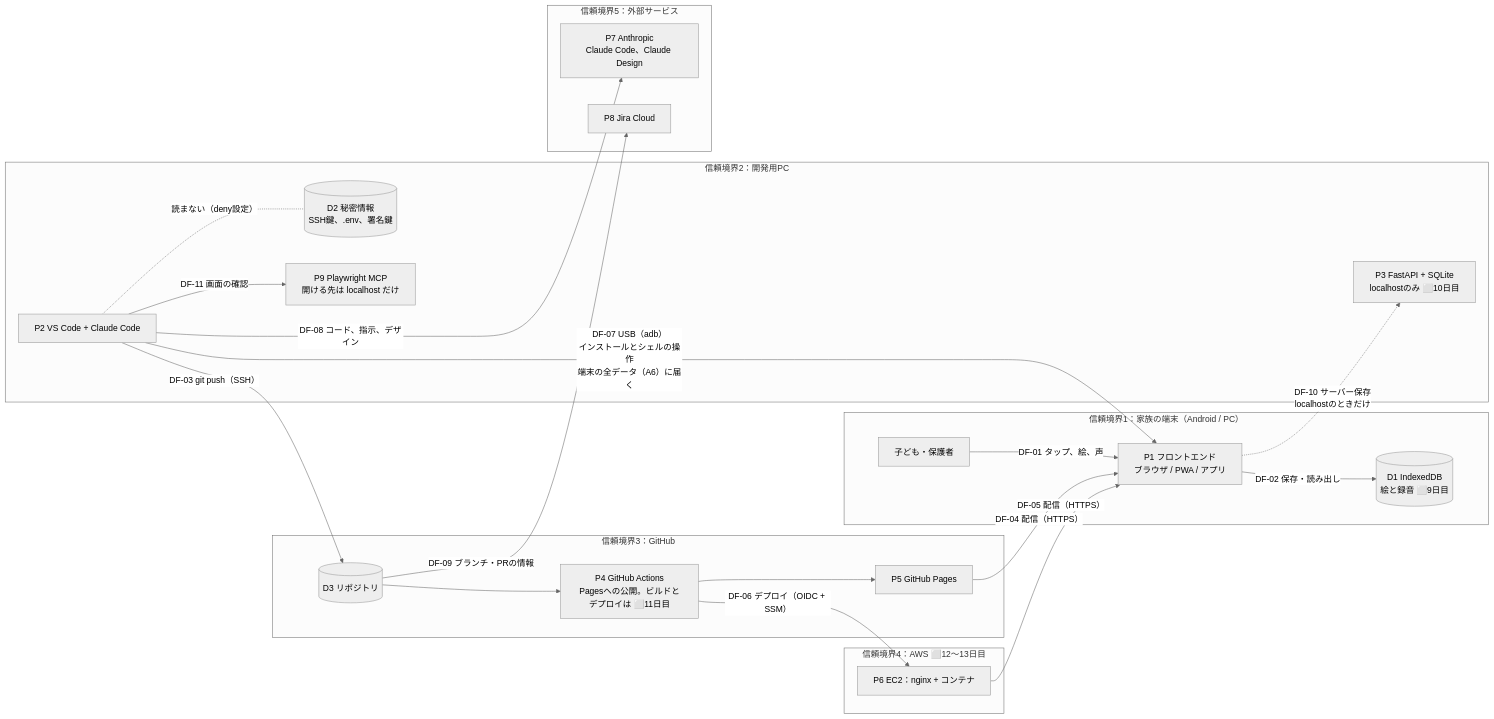
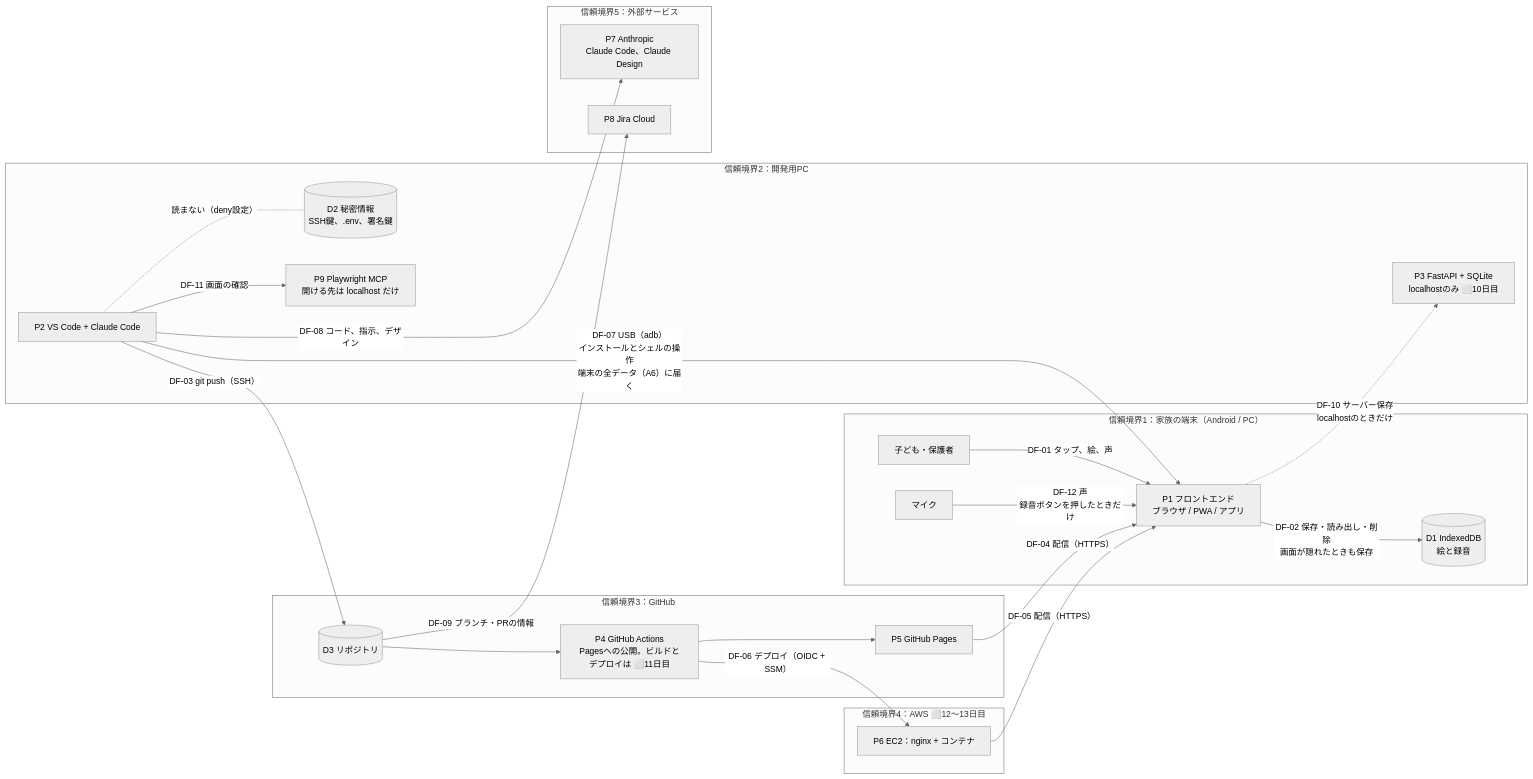
The diagram in docs/security/threat-model.md (Hayato-F110/kids-play), drawn with Mermaid (neutral theme) before and after one commit. The commit also changed other lines of this file and 13 other files, not shown here.

````diff
--- a/docs/security/threat-model.md
+++ b/docs/security/threat-model.md
@@ -24,44 +24,46 @@
 ```mermaid
 flowchart LR
     subgraph TB1["信頼境界1：家族の端末（Android / PC）"]
         child["子ども・保護者"]
         ui["P1 フロントエンド<br>ブラウザ / PWA / アプリ"]
-        idb[("D1 IndexedDB<br>絵と録音 ⬜9日目")]
+        mic["マイク"]
+        idb[("D1 IndexedDB<br>絵と録音")]
         child -- "DF-01 タップ、絵、声" --> ui
-        ui -- "DF-02 保存・読み出し" --> idb
+        mic -- "DF-12 声<br>録音ボタンを押したときだけ" --> ui
+        ui -- "DF-02 保存・読み出し・削除<br>画面が隠れたときも保存" --> idb
     end
 
     subgraph TB2["信頼境界2：開発用PC"]
         dev["P2 VS Code + Claude Code"]
         secrets[("D2 秘密情報<br>SSH鍵、.env、署名鍵")]
         localapi["P3 FastAPI + SQLite<br>localhostのみ ⬜10日目"]
         mcp["P9 Playwright MCP<br>開ける先は localhost だけ"]
         dev -. "読まない（deny設定）" .- secrets
         dev -- "DF-11 画面の確認" --> mcp
     end
 
     subgraph TB3["信頼境界3：GitHub"]
         repo[("D3 リポジトリ")]
         actions["P4 GitHub Actions<br>Pagesへの公開。ビルドとデプロイは ⬜11日目"]
         pages["P5 GitHub Pages"]
         repo --> actions --> pages
     end
 
     subgraph TB4["信頼境界4：AWS ⬜12〜13日目"]
         ec2["P6 EC2：nginx + コンテナ"]
     end
 
     subgraph TB5["信頼境界5：外部サービス"]
         claude["P7 Anthropic<br>Claude Code、Claude Design"]
         jira["P8 Jira Cloud"]
     end
 
     dev -- "DF-03 git push（SSH）" --> repo
     pages -- "DF-04 配信（HTTPS）" --> ui
     ec2 -- "DF-05 配信（HTTPS）" --> ui
     actions -- "DF-06 デプロイ（OIDC + SSM）" --> ec2
     dev -- "DF-07 USB（adb）<br>インストールとシェルの操作<br>端末の全データ（A6）に届く" --> ui
     dev -- "DF-08 コード、指示、デザイン" --> claude
     repo -- "DF-09 ブランチ・PRの情報" --> jira
     ui -. "DF-10 サーバー保存<br>localhostのときだけ" .-> localapi
 ```
````
